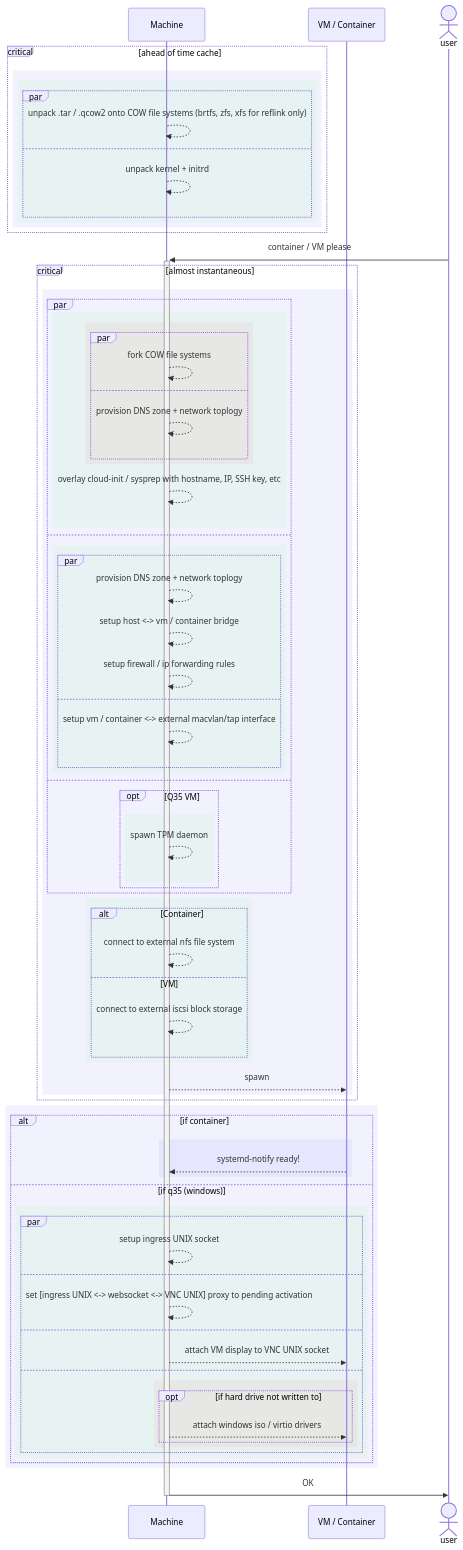
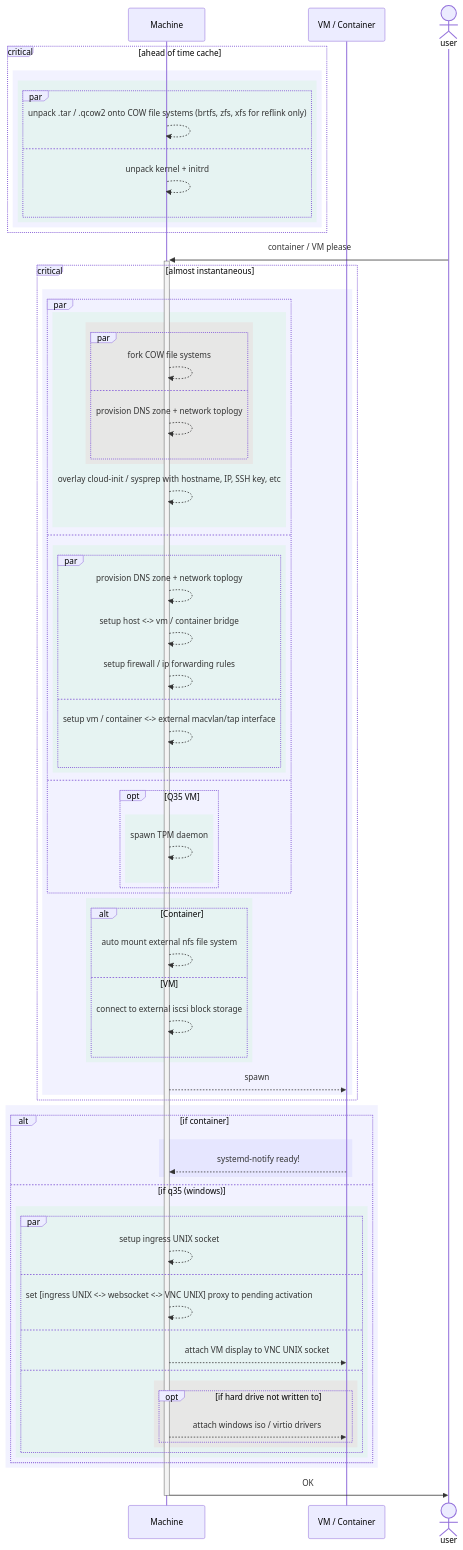
The first of 3 diagrams in doc/PRIVATE_CLOUD.md (ms-jpq/lab), drawn with Mermaid before and after one commit. The commit also changed 2 other files, not shown here.

```diff
--- a/doc/PRIVATE_CLOUD.md
+++ b/doc/PRIVATE_CLOUD.md
@@ -62,7 +62,7 @@
       end
       rect rgba(0, 255, 0, 0.05)
         alt Container
-          machine-->>machine : connect to external nfs file system
+          machine-->>machine : auto mount external nfs file system
         else VM
           machine-->>machine : connect to external iscsi block storage
         end
```
